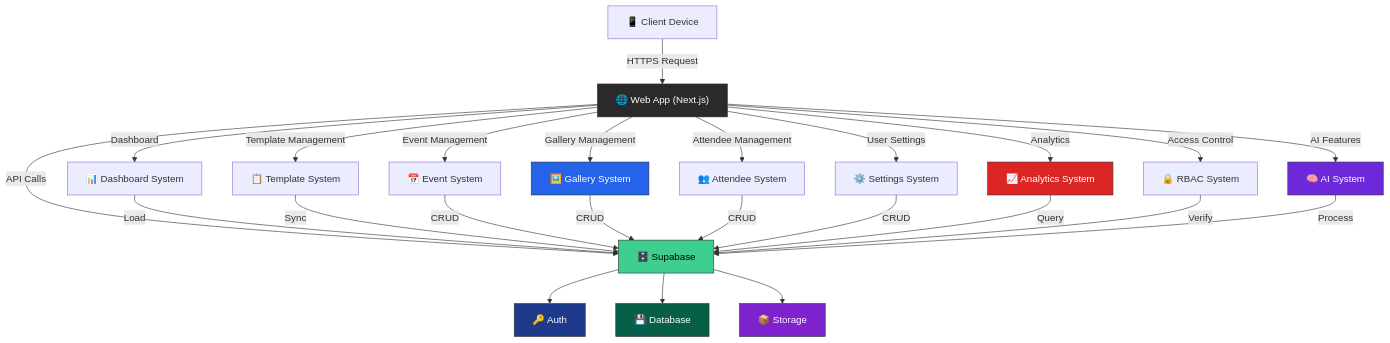
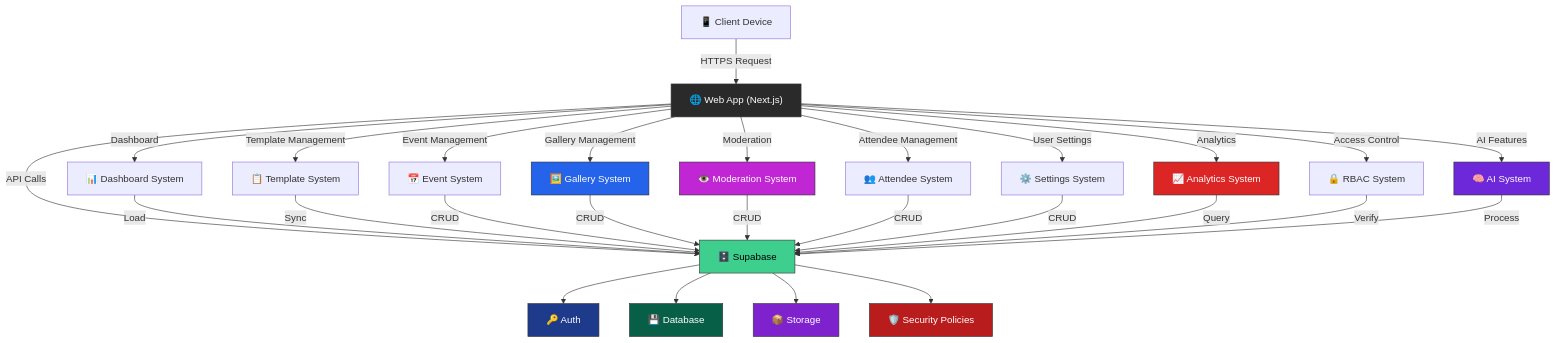
One commit to mrj0nesmtl/cloud-burst changed the first of 3 diagrams in README.md. Above: the diagram before and after it, drawn with Mermaid. The commit also changed other lines of this file, not shown here.

Commit message:
Update README.md with latest project timeline and moderation interface enhancements

````diff
--- a/README.md
+++ b/README.md
@@ -91,37 +92,42 @@
 ```mermaid
 graph TD
     Client["📱 Client Device"] -->|"HTTPS Request"| WebApp["🌐 Web App (Next.js)"]
     WebApp -->|"API Calls"| Supabase["🗄️ Supabase"]
     WebApp -->|"Dashboard"| Dashboard["📊 Dashboard System"]
     WebApp -->|"Template Management"| Templates["📋 Template System"]
     WebApp -->|"Event Management"| Events["📅 Event System"]
     WebApp -->|"Gallery Management"| Gallery["🖼️ Gallery System"]
+    WebApp -->|"Moderation"| Moderation["👁️ Moderation System"]
     WebApp -->|"Attendee Management"| Attendees["👥 Attendee System"]
     WebApp -->|"User Settings"| Settings["⚙️ Settings System"]
     WebApp -->|"Analytics"| Analytics["📈 Analytics System"]
     WebApp -->|"Access Control"| RBAC["🔒 RBAC System"]
     WebApp -->|"AI Features"| AI["🧠 AI System"]
     
     Dashboard -->|"Load"| Supabase
     Templates -->|"Sync"| Supabase
     Events -->|"CRUD"| Supabase
     Gallery -->|"CRUD"| Supabase
+    Moderation -->|"CRUD"| Supabase
     Attendees -->|"CRUD"| Supabase
     Settings -->|"CRUD"| Supabase
     Analytics -->|"Query"| Supabase
     RBAC -->|"Verify"| Supabase
     AI -->|"Process"| Supabase
     
     Supabase --> Auth["🔑 Auth"]
     Supabase --> Database["💾 Database"]
     Supabase --> Storage["📦 Storage"]
+    Supabase --> Security["🛡️ Security Policies"]
     
     style WebApp fill:#2A2A2A,stroke:#333,color:#fff
     style Supabase fill:#3ECF8E,stroke:#333,color:#000
     style Auth fill:#1E3A8A,stroke:#333,color:#fff
     style Database fill:#065F46,stroke:#333,color:#fff
     style Storage fill:#7E22CE,stroke:#333,color:#fff
     style Analytics fill:#DC2626,stroke:#333,color:#fff
     style Gallery fill:#2563EB,stroke:#333,color:#fff
+    style Moderation fill:#C026D3,stroke:#333,color:#fff
+    style Security fill:#B91C1C,stroke:#333,color:#fff
     style AI fill:#6D28D9,stroke:#333,color:#fff
 ```
````
